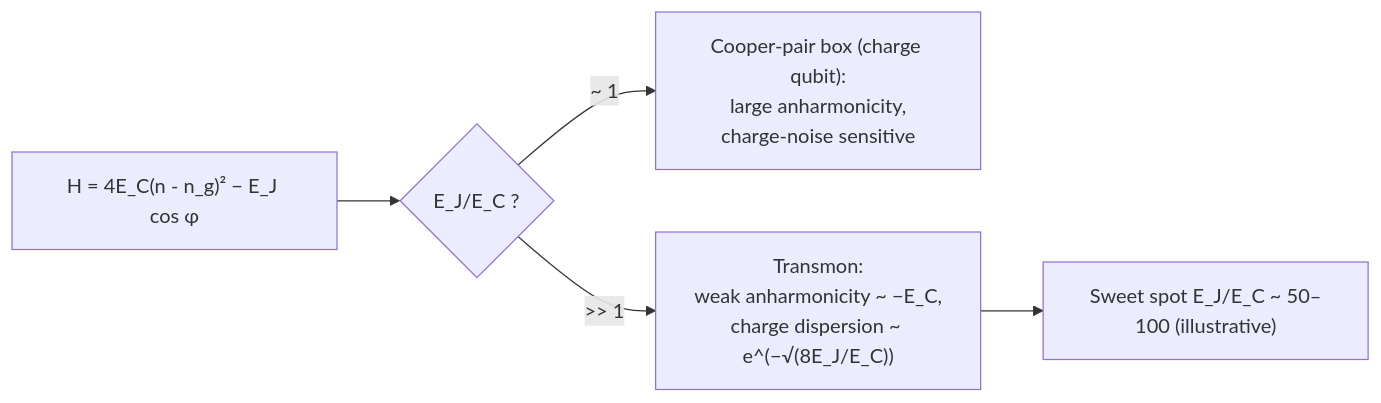
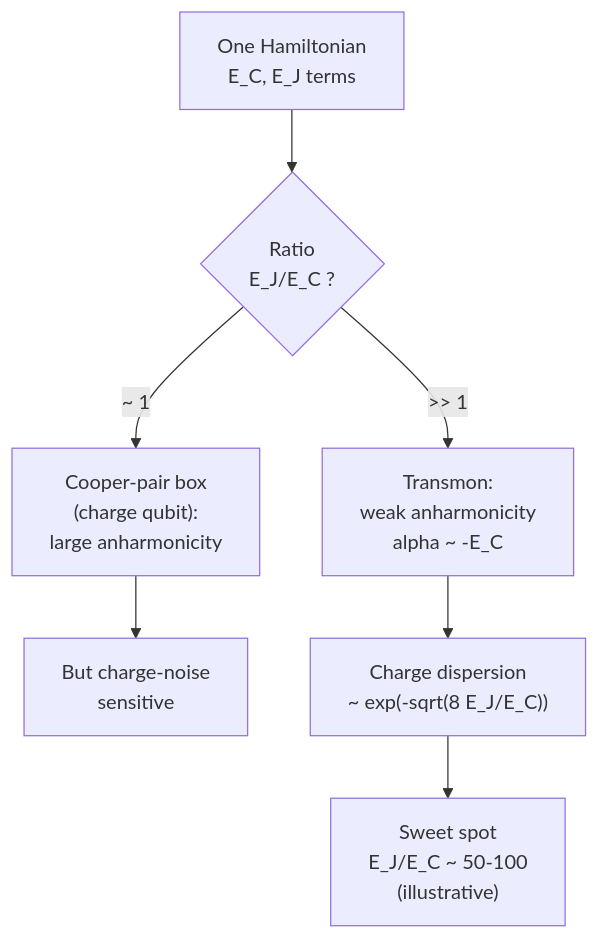
Before and after one commit to Iamsohungrynow/superconducting-qubits-journey: the first of 2 diagrams in tutorial/01-introduction.md, drawn with Mermaid. The commit also changed other lines of this file and 11 other files, not shown here.

Commit message:
Rewrite Mermaid diagrams for clear GitHub rendering (TD layout, short labels)

````diff
--- a/tutorial/01-introduction.md
+++ b/tutorial/01-introduction.md
@@ -87,7 +87,9 @@
 ```mermaid
-flowchart LR
-  H["H = 4E_C(n - n_g)² − E_J cos φ"] --> R{E_J/E_C ?}
-  R -->|"~ 1"| CPB["Cooper-pair box (charge qubit):<br/>large anharmonicity,<br/>charge-noise sensitive"]
-  R -->|">> 1"| TR["Transmon:<br/>weak anharmonicity ~ −E_C,<br/>charge dispersion ~ e^(−√(8E_J/E_C))"]
-  TR --> SS["Sweet spot E_J/E_C ~ 50–100 (illustrative)"]
+flowchart TD
+  H["One Hamiltonian<br/>E_C, E_J terms"] --> R{"Ratio<br/>E_J/E_C ?"}
+  R -->|"~ 1"| CPB["Cooper-pair box<br/>(charge qubit):<br/>large anharmonicity"]
+  CPB --> CPB2["But charge-noise<br/>sensitive"]
+  R -->|">> 1"| TR["Transmon:<br/>weak anharmonicity<br/>alpha ~ -E_C"]
+  TR --> TR2["Charge dispersion<br/>~ exp(-sqrt(8 E_J/E_C))"]
+  TR2 --> SS["Sweet spot<br/>E_J/E_C ~ 50-100<br/>(illustrative)"]
 ```
````
